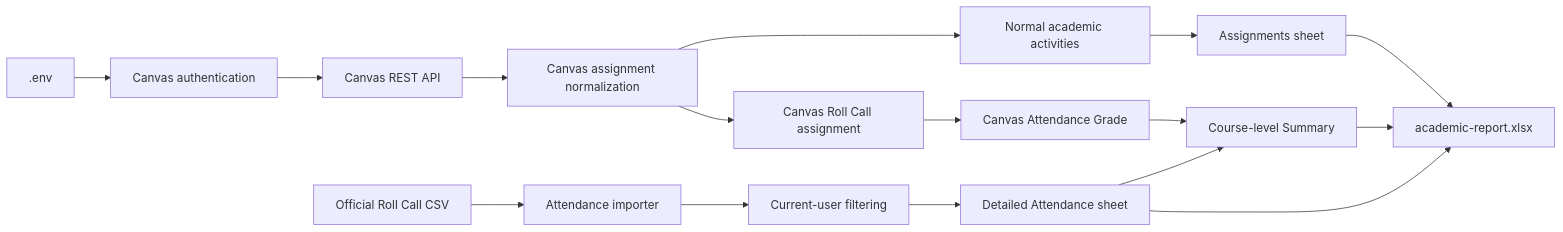
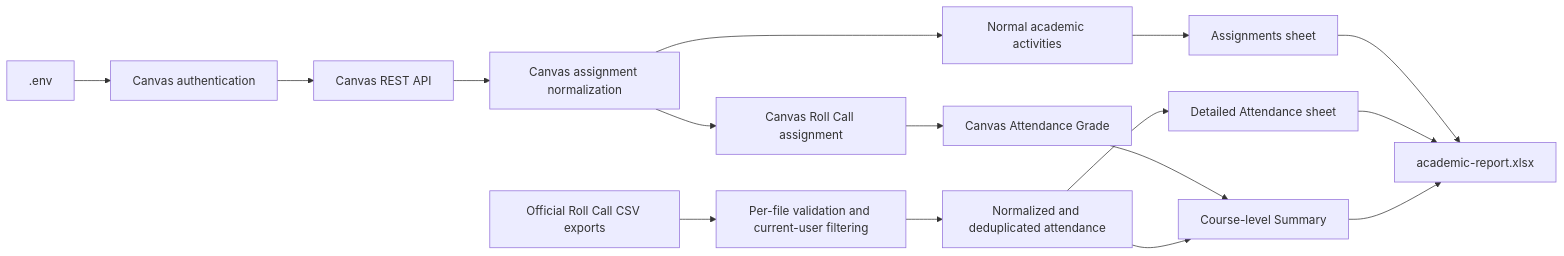
One commit to Syris-EkzD/Canvas-Guardian changed the diagram in docs/academic-pipeline.md. Above: the diagram before and after it, drawn with Mermaid. The commit also changed other lines of this file and 7 other files, not shown here.

Commit message:
feat: support multiple attendance exports

````diff
--- a/docs/academic-pipeline.md
+++ b/docs/academic-pipeline.md
@@ -5,20 +5,20 @@
 ```mermaid
 flowchart LR
     Env[.env] --> Auth[Canvas authentication]
     Auth --> API[Canvas REST API]
     API --> Canvas[Canvas assignment normalization]
     Canvas --> Activities[Normal academic activities]
     Activities --> Assignments[Assignments sheet]
     Canvas --> CanvasRollCall[Canvas Roll Call assignment]
     CanvasRollCall --> CanvasGrade[Canvas Attendance Grade]
     CanvasGrade --> Summary[Course-level Summary]
 
-    RollCall[Official Roll Call CSV] --> Importer[Attendance importer]
-    Importer --> Filter[Current-user filtering]
-    Filter --> Attendance[Detailed Attendance sheet]
-    Attendance --> Summary
+    RollCall[Official Roll Call CSV exports] --> Importer[Per-file validation and current-user filtering]
+    Importer --> Canonical[Normalized and deduplicated attendance]
+    Canonical --> Attendance[Detailed Attendance sheet]
+    Canonical --> Summary
 
     Assignments --> Output[academic-report.xlsx]
     Attendance --> Output
     Summary --> Output
 ```
````
